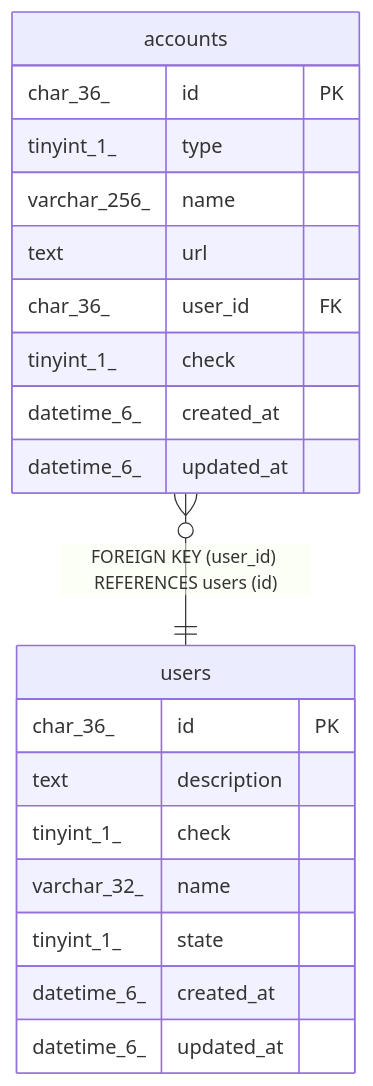
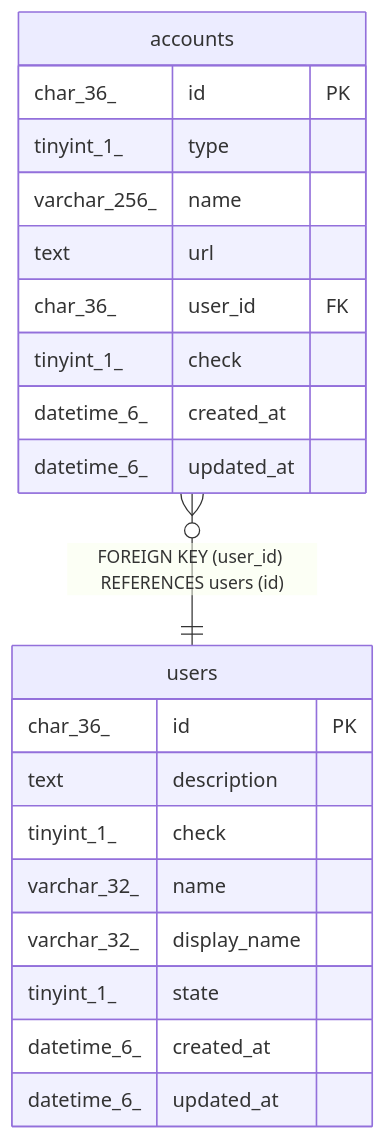
The diagram in docs/dbschema/accounts.md (traPtitech/traPortfolio), drawn with Mermaid before and after one commit. The commit also changed 9 other files, not shown here.

````diff
--- a/docs/dbschema/accounts.md
+++ b/docs/dbschema/accounts.md
@@ -57,25 +57,26 @@
 ```mermaid
 erDiagram
 
 "accounts" }o--|| "users" : "FOREIGN KEY (user_id) REFERENCES users (id)"
 
 "accounts" {
   char_36_ id PK
   tinyint_1_ type
   varchar_256_ name
   text url
   char_36_ user_id FK
   tinyint_1_ check
   datetime_6_ created_at
   datetime_6_ updated_at
 }
 "users" {
   char_36_ id PK
   text description
   tinyint_1_ check
   varchar_32_ name
+  varchar_32_ display_name
   tinyint_1_ state
   datetime_6_ created_at
   datetime_6_ updated_at
 }
 ```
````
